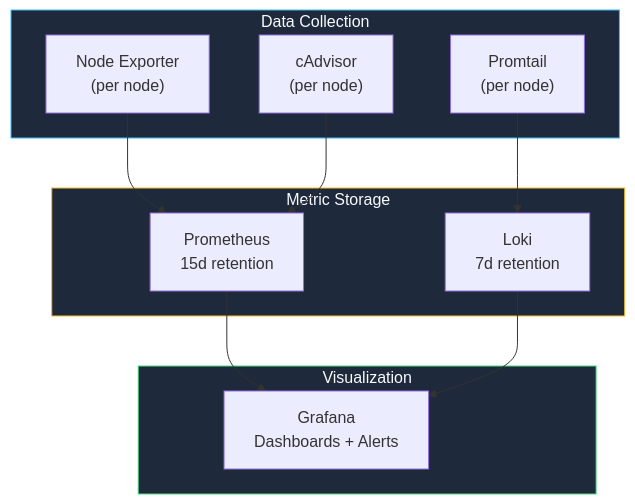
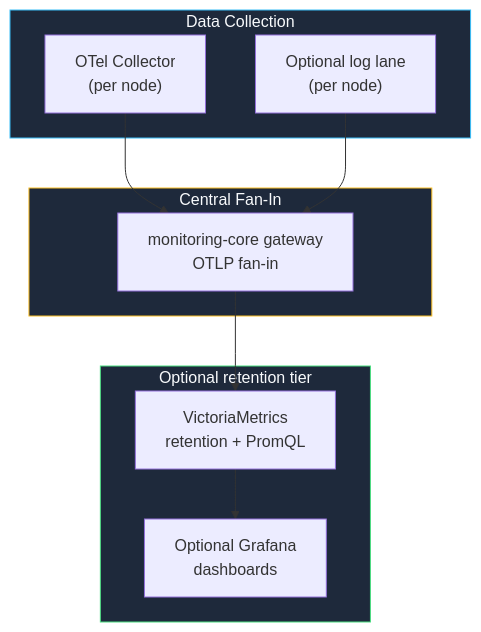
Before and after one commit to KombiverseLabs/docs: the third of 3 diagrams in stackkits/kits/modern-homelab.mdx, drawn with Mermaid. The commit also changed other lines of this file and 63 other files, not shown here.

Commit message:
docs: refresh content/templates/workflows; add stackkits node-hub/services, wallet, monitoring; ignore .repowise

````diff
--- a/stackkits/kits/modern-homelab.mdx
+++ b/stackkits/kits/modern-homelab.mdx
@@ -146,27 +146,25 @@
 ```mermaid
 graph TB
     subgraph Collection["Data Collection"]
-        NE["Node Exporter<br/>(per node)"]
-        PT["Promtail<br/>(per node)"]
-        CT["cAdvisor<br/>(per node)"]
+    OTel["OTel Collector<br/>(per node)"]
+    Logs["Optional log lane<br/>(per node)"]
     end
 
-    subgraph Storage["Metric Storage"]
-        Prom["Prometheus<br/>15d retention"]
-        Loki["Loki<br/>7d retention"]
+  subgraph Gateway["Central Fan-In"]
+    GW["monitoring-core gateway<br/>OTLP fan-in"]
     end
 
-    subgraph Viz["Visualization"]
-        Graf["Grafana<br/>Dashboards + Alerts"]
+  subgraph Backend["Optional retention tier"]
+    VM["VictoriaMetrics<br/>retention + PromQL"]
+    Graf["Optional Grafana<br/>dashboards"]
     end
 
-    NE --> Prom
-    CT --> Prom
-    PT --> Loki
-    Prom --> Graf
-    Loki --> Graf
+  OTel --> GW
+  Logs --> GW
+  GW --> VM
+  VM --> Graf
 
     style Collection fill:#1e293b,stroke:#38bdf8,color:#f8fafc
-    style Storage fill:#1e293b,stroke:#fbbf24,color:#f8fafc
-    style Viz fill:#1e293b,stroke:#4ade80,color:#f8fafc
+  style Gateway fill:#1e293b,stroke:#fbbf24,color:#f8fafc
+  style Backend fill:#1e293b,stroke:#4ade80,color:#f8fafc
 ```
````
